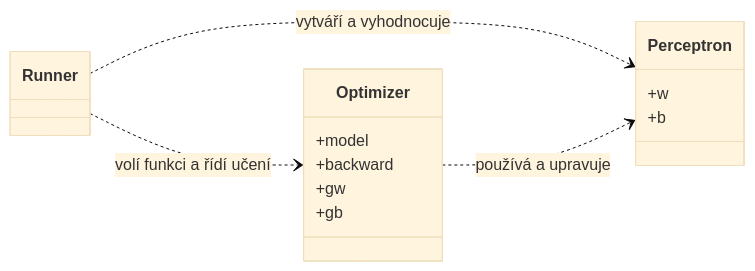
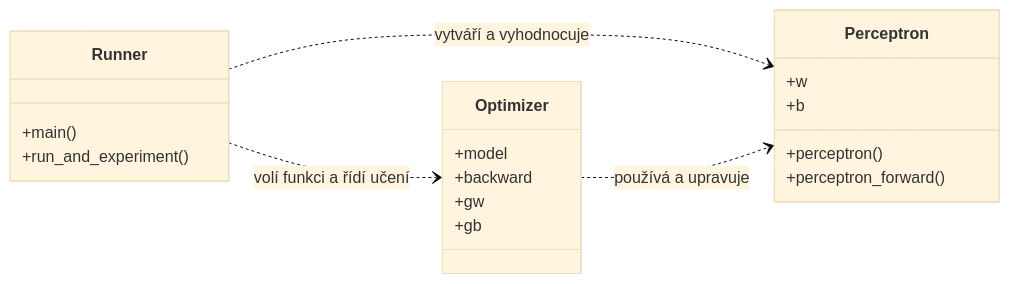
The diagram in 002-perceptron/spec/specifikace-perceptron.md (sooneoo/machine-learning), drawn with Mermaid (base theme) before and after one commit. The commit also changed other lines of this file and 1 other file, not shown here.

Commit message:
RGC-02: define perceptron construction and inherited architecture

````diff
--- a/002-perceptron/spec/specifikace-perceptron.md
+++ b/002-perceptron/spec/specifikace-perceptron.md
@@ -100,18 +107,23 @@
 ```mermaid
 classDiagram
     direction LR
-    class Runner
+    class Runner {
+        +main()
+        +run_and_experiment()
+    }
     class Optimizer {
         +model
         +backward
         +gw
         +gb
     }
     class Perceptron {
         +w
         +b
+        +perceptron()
+        +perceptron_forward()
     }
     Runner ..> Perceptron : vytváří a vyhodnocuje
     Runner ..> Optimizer : volí funkci a řídí učení
     Optimizer ..> Perceptron : používá a upravuje
 ```
````
